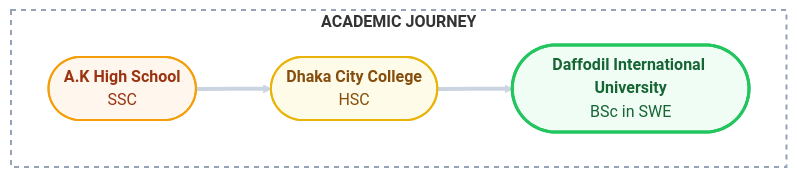
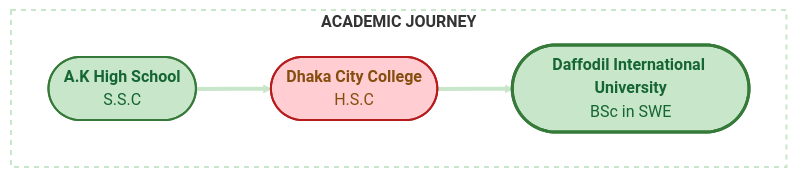
Before and after one commit to shunjid/shunjid: the second of 2 diagrams in README.md, drawn with Mermaid (forest theme).

Commit message:
Update academic journey diagram styles and labels

````diff
--- a/README.md
+++ b/README.md
@@ -55,23 +55,23 @@
 ```mermaid
 flowchart LR
     subgraph Education ["<b>ACADEMIC JOURNEY</b>"]
         direction LR
-        HS(["<b>A.K High School</b><br/>SSC"])
-        DCC(["<b>Dhaka City College</b><br/>HSC"])
+        HS(["<b>A.K High School</b><br/>S.S.C"])
+        DCC(["<b>Dhaka City College</b><br/>H.S.C"])
         DIU(["<b>Daffodil International University</b><br/>BSc in SWE"])
     end
 
     %% Flow with thick stylized lines
     HS ==> DCC ==> DIU
 
     %% High-Contrast Styling (Works for Light & Dark Mode)
-    style HS fill:#fff7ed,stroke:#f59e0b,stroke-width:2px,color:#9a3412
-    style DCC fill:#fefce8,stroke:#eab308,stroke-width:2px,color:#854d0e
-    style DIU fill:#f0fdf4,stroke:#22c55e,stroke-width:3px,color:#166534
+    style HS fill:#c8e6c9,stroke:#357a38,stroke-width:2px,color:#166534
+    style DCC fill:#ffcdd2,stroke:#b71c1c,stroke-width:2px,color:#854d0e
+    style DIU fill:#c8e6c9,stroke:#357a38,stroke-width:3px,color:#166534
 
     %% Container Styling
-    style Education fill:none,stroke:#94a3b8,stroke-width:2px,stroke-dasharray: 5 5
+    style Education fill:none,stroke:#c8e6c9,stroke-width:2px,stroke-dasharray: 5 5
 
     %% Link Styling
-    linkStyle default stroke:#cbd5e1,stroke-width:4px
+    linkStyle default stroke:#c8e6c9,stroke-width:4px
 ```
````
